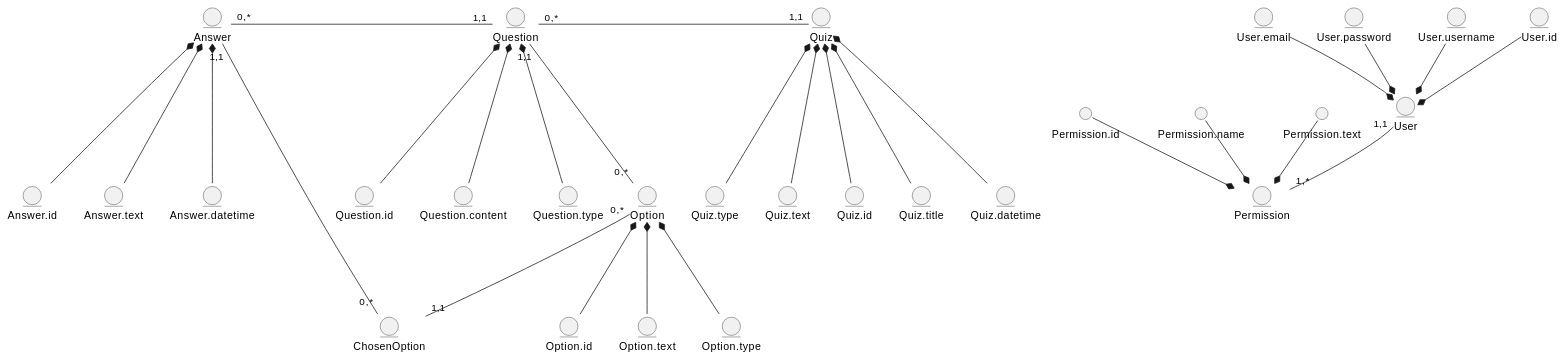
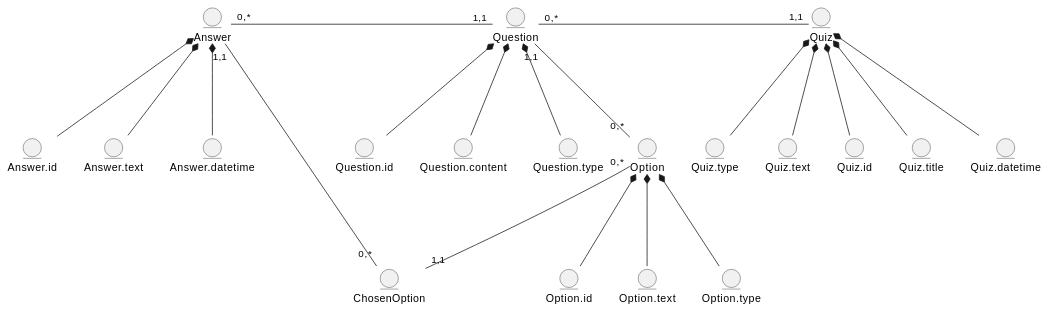
The first of 3 diagrams in docs/design/README.md (edu-db/edu_db_labs), drawn with PlantUML before and after one commit. The commit also changed 1 other file, not shown here.

```diff
--- a/docs/design/README.md
+++ b/docs/design/README.md
@@ -9,66 +9,50 @@
 @startuml
 
 entity Quiz
 entity Quiz.type
 entity Quiz.text
 entity Quiz.id
 entity Quiz.title
 entity Quiz.datetime
 
 entity Question
 entity Question.id
 entity Question.content
 entity Question.type
-
-entity User
-entity User.email
-entity User.password
-entity User.username
-entity User.id
-
-entity Permission
-User.email --* User
-User.password --* User
-User.username --* User
-User.id --* User
-Permission "1,*" -u- "1,1" User
-Permission.id --* Permission
-Permission.name --* Permission
-Permission.text --* Permission
 
 entity Option
 entity Option.id
 entity Option.text
 entity Option.type
 
 entity ChosenOption
 entity Answer
 entity Answer.id
 entity Answer.text 
 entity Answer.datetime
 
 Quiz *--- Quiz.id
 Quiz *--- Quiz.text
 Quiz *--- Quiz.type
 Quiz *--- Quiz.title
 Quiz *--- Quiz.datetime
 
 Question *--- Question.id
 Question *--- Question.content
 Question *--- Question.type
 
 Option *--- Option.id
 Option *--- Option.text
 Option *--- Option.type
 
 Answer *--- Answer.id
 Answer *--- Answer.text
 Answer *--- Answer.datetime
 
 Quiz "1,1"--l-- "0,*" Question
 Question "1,1" --- "0,*" Option
 Question "1,1" --l-- "0,*" Answer
 Option "0,*" --- "1,1" ChosenOption
 ChosenOption "0,*" --- "1,1" Answer
 
 @enduml
```
